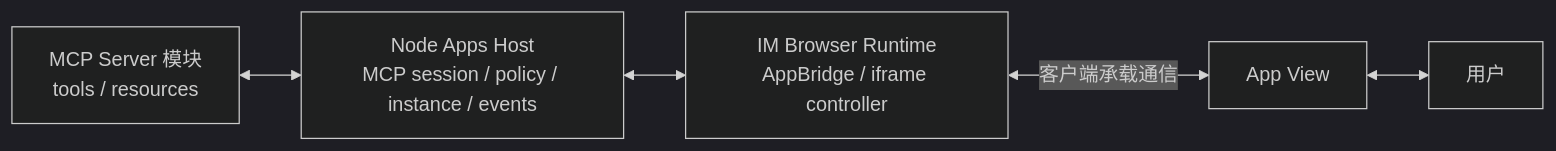
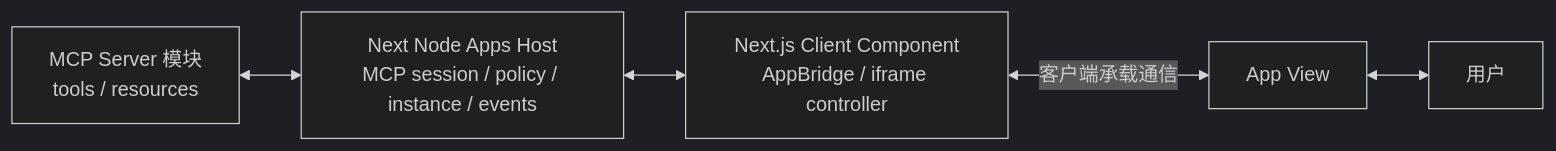
One commit to glide-the/im-dream changed the first of 2 diagrams in docs/design/claude-agent/mcp-apps-client-host-communication.md. Above: the diagram before and after it, drawn with Mermaid (dark theme). The commit also changed other lines of this file and 7 other files, not shown here.

Commit message:
docs: require Next.js for MCP Apps host

````diff
--- a/docs/design/claude-agent/mcp-apps-client-host-communication.md
+++ b/docs/design/claude-agent/mcp-apps-client-host-communication.md
@@ -57,7 +57,7 @@
 ```mermaid
 flowchart LR
-    S["MCP Server 模块<br/>tools / resources"] <--> N["Node Apps Host<br/>MCP session / policy / instance / events"]
-    N <--> B["IM Browser Runtime<br/>AppBridge / iframe controller"]
+    S["MCP Server 模块<br/>tools / resources"] <--> N["Next Node Apps Host<br/>MCP session / policy / instance / events"]
+    N <--> B["Next.js Client Component<br/>AppBridge / iframe controller"]
     B <-->|"客户端承载通信"| V["App View"]
     V <--> U["用户"]
 ```
````
